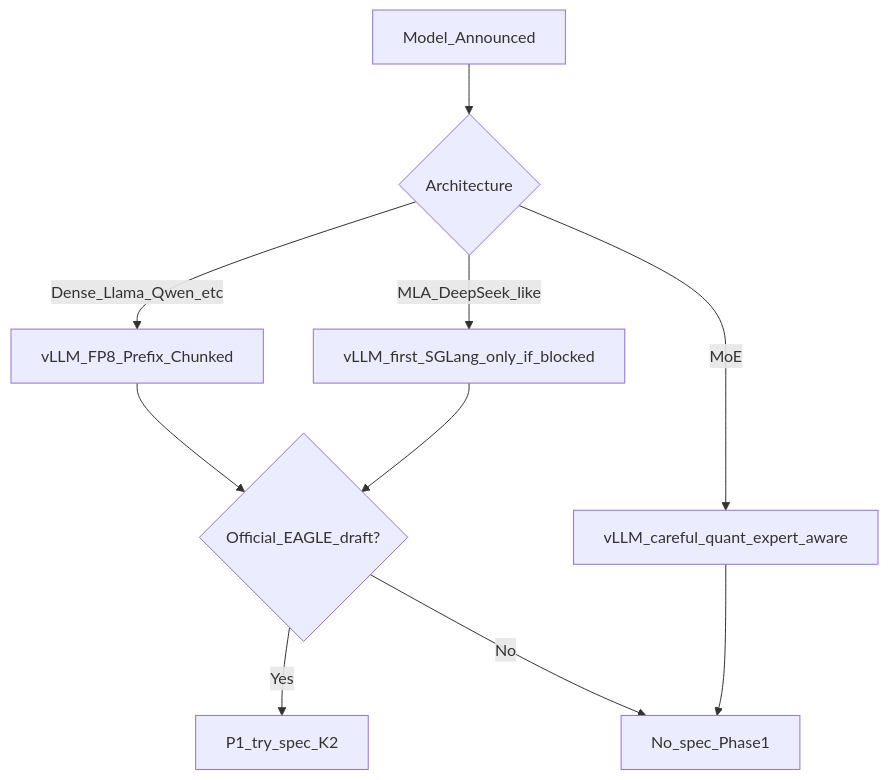
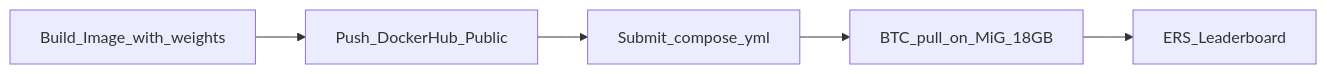
Before and after one commit to BennedictQuanTon/Develarper_Viettel_AI_Race_2026: the third of 3 diagrams in CONTEXT.md, drawn with Mermaid. The commit also changed other lines of this file and 15 other files, not shown here.

````diff
--- a/CONTEXT.md
+++ b/CONTEXT.md
@@ -163,12 +155,7 @@
 ```mermaid
-flowchart TD
-  M[Model_Announced] --> A{Architecture}
-  A -->|Dense_Llama_Qwen_etc| D[vLLM_FP8_Prefix_Chunked]
-  A -->|MoE| MoE[vLLM_careful_quant_expert_aware]
-  A -->|MLA_DeepSeek_like| MLA[vLLM_first_SGLang_only_if_blocked]
-  D --> E{Official_EAGLE_draft?}
-  E -->|Yes| S[P1_try_spec_K2]
-  E -->|No| NS[No_spec_Phase1]
-  MoE --> NS
-  MLA --> E
+flowchart LR
+  Build[Build_Image_with_weights] --> Hub[Push_DockerHub_Public]
+  Hub --> Compose[Submit_compose_yml]
+  Compose --> Mig[BTC_pull_on_MiG_18GB]
+  Mig --> ERS[ERS_Leaderboard]
 ```
````
